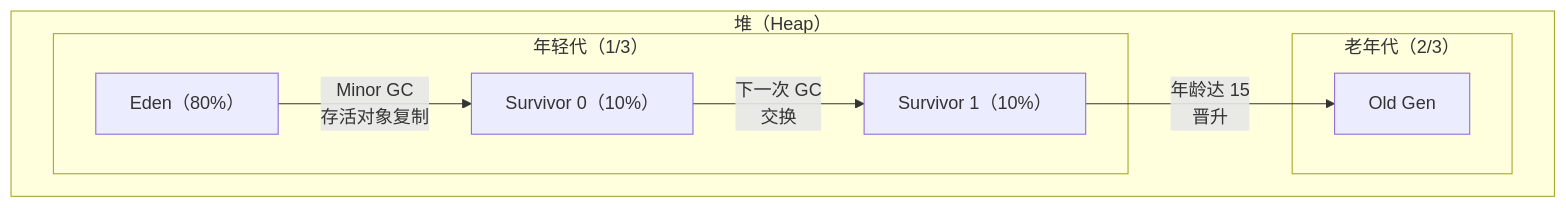
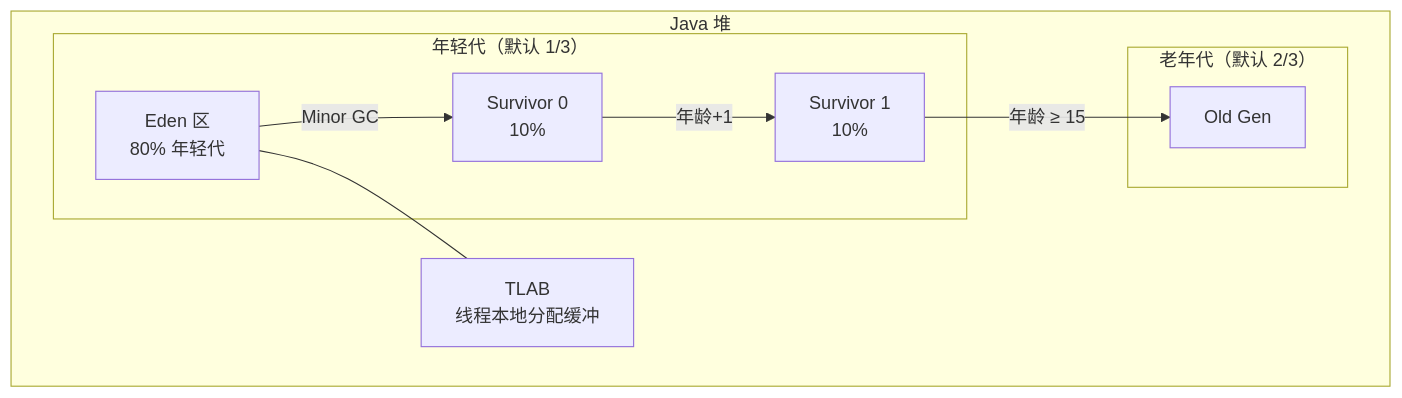
Before and after one commit to coolzhul/java-fullstack-knowledge: the fourth of 11 diagrams in src/java-advanced/jvm.md, drawn with Mermaid. The commit also changed other lines of this file and 2 other files, not shown here.

````diff
--- a/src/java-advanced/jvm.md
+++ b/src/java-advanced/jvm.md
@@ -95,16 +141,19 @@
 ```mermaid
 graph TD
-    subgraph "堆（Heap）"
-        subgraph young["年轻代（1/3）"]
-            Eden["Eden（80%）"]
-            S0["Survivor 0（10%）"]
-            S1["Survivor 1（10%）"]
+    subgraph "Java 堆"
+        subgraph young["年轻代（默认 1/3）"]
+            Eden["Eden 区<br/>80% 年轻代"]
+            S0["Survivor 0<br/>10%"]
+            S1["Survivor 1<br/>10%"]
         end
-        subgraph old["老年代（2/3）"]
+        subgraph old["老年代（默认 2/3）"]
             Old["Old Gen"]
         end
+        TLA["TLAB<br/>线程本地分配缓冲"]
     end
-    Eden -->|"Minor GC<br/>存活对象复制"| S0
-    S0 -->|"下一次 GC<br/>交换"| S1
-    S1 -->|"年龄达 15<br/>晋升"| Old
+
+    Eden --- TLA
+    Eden -->|"Minor GC"| S0
+    S0 -->|"年龄+1"| S1
+    S1 -->|"年龄 ≥ 15"| Old
 ```
````
